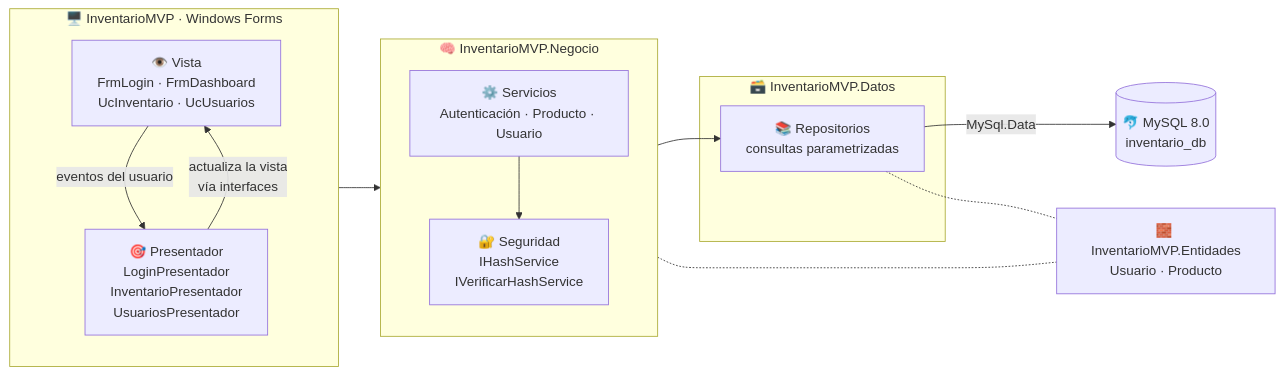
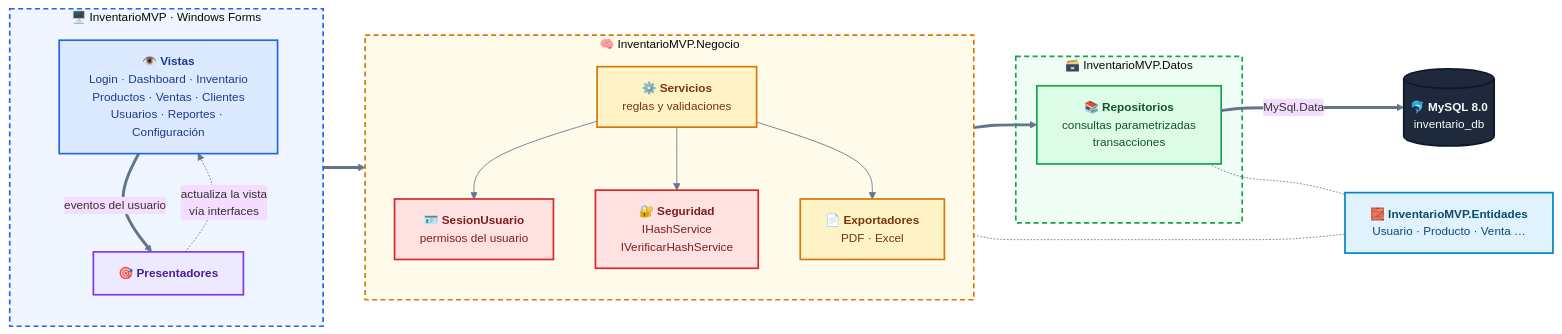
The first of 8 diagrams in README.md (VITIDEV06/InventarioMVP), drawn with Mermaid before and after one commit. The commit also changed other lines of this file and 99 other files, not shown here.

````diff
--- a/README.md
+++ b/README.md
@@ -169,30 +207,53 @@
 ```mermaid
+%%{init: {'theme':'base','themeVariables':{'fontFamily':'Segoe UI, Arial, sans-serif','fontSize':'14px','lineColor':'#64748b','clusterBkg':'#f8fafc','clusterBorder':'#94a3b8'}}}%%
 flowchart LR
     subgraph UI["🖥️ InventarioMVP · Windows Forms"]
         direction TB
-        V["👁️ Vista<br/>FrmLogin · FrmDashboard<br/>UcInventario · UcUsuarios"]
-        P["🎯 Presentador<br/>LoginPresentador<br/>InventarioPresentador<br/>UsuariosPresentador"]
-        V -- "eventos del usuario" --> P
-        P -- "actualiza la vista<br/>vía interfaces" --> V
+        V["👁️ <b>Vistas</b><br/>Login · Dashboard · Inventario<br/>Productos · Ventas · Clientes<br/>Usuarios · Reportes · Configuración"]
+        P["🎯 <b>Presentadores</b>"]
+        V == "eventos del usuario" ==> P
+        P -. "actualiza la vista<br/>vía interfaces" .-> V
     end
 
     subgraph BL["🧠 InventarioMVP.Negocio"]
         direction TB
-        S["⚙️ Servicios<br/>Autenticación · Producto · Usuario"]
-        H["🔐 Seguridad<br/>IHashService<br/>IVerificarHashService"]
+        S["⚙️ <b>Servicios</b><br/>reglas y validaciones"]
+        SE["🪪 <b>SesionUsuario</b><br/>permisos del usuario"]
+        H["🔐 <b>Seguridad</b><br/>IHashService<br/>IVerificarHashService"]
+        X["📄 <b>Exportadores</b><br/>PDF · Excel"]
+        S --> SE
         S --> H
+        S --> X
     end
 
     subgraph DL["🗃️ InventarioMVP.Datos"]
-        R["📚 Repositorios<br/>consultas parametrizadas"]
+        R["📚 <b>Repositorios</b><br/>consultas parametrizadas<br/>transacciones"]
     end
 
-    E["🧱 InventarioMVP.Entidades<br/>Usuario · Producto"]
-    DB[("🐬 MySQL 8.0<br/>inventario_db")]
+    E["🧱 <b>InventarioMVP.Entidades</b><br/>Usuario · Producto · Venta …"]
+    DB[("🐬 <b>MySQL 8.0</b><br/>inventario_db")]
 
-    P --> S
-    S --> R
-    R -- "MySql.Data" --> DB
+    P ==> S
+    S ==> R
+    R == "MySql.Data" ==> DB
     S -.- E
     R -.- E
+
+    classDef vista fill:#dbeafe,stroke:#2563eb,stroke-width:2px,color:#1e3a8a
+    classDef pres fill:#ede9fe,stroke:#7c3aed,stroke-width:2px,color:#4c1d95
+    classDef neg fill:#fef3c7,stroke:#d97706,stroke-width:2px,color:#78350f
+    classDef seg fill:#fee2e2,stroke:#dc2626,stroke-width:2px,color:#7f1d1d
+    classDef dat fill:#dcfce7,stroke:#16a34a,stroke-width:2px,color:#14532d
+    classDef ent fill:#e0f2fe,stroke:#0284c7,stroke-width:2px,color:#0c4a6e
+    classDef bd fill:#1e293b,stroke:#0f172a,stroke-width:2px,color:#f8fafc
+    class V vista
+    class P pres
+    class S,X neg
+    class SE,H seg
+    class R dat
+    class E ent
+    class DB bd
+    style UI fill:#eff6ff,stroke:#2563eb,stroke-width:2px,stroke-dasharray:6 4
+    style BL fill:#fffbeb,stroke:#d97706,stroke-width:2px,stroke-dasharray:6 4
+    style DL fill:#f0fdf4,stroke:#16a34a,stroke-width:2px,stroke-dasharray:6 4
 ```
````
